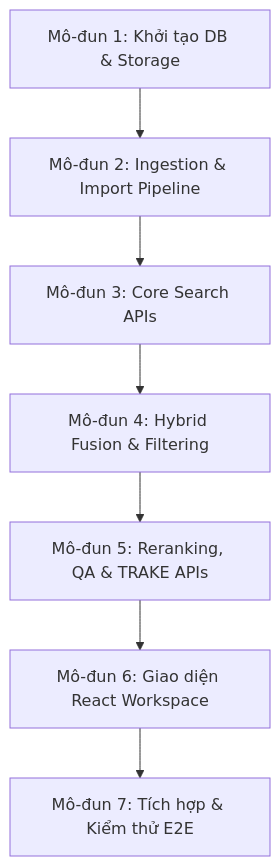
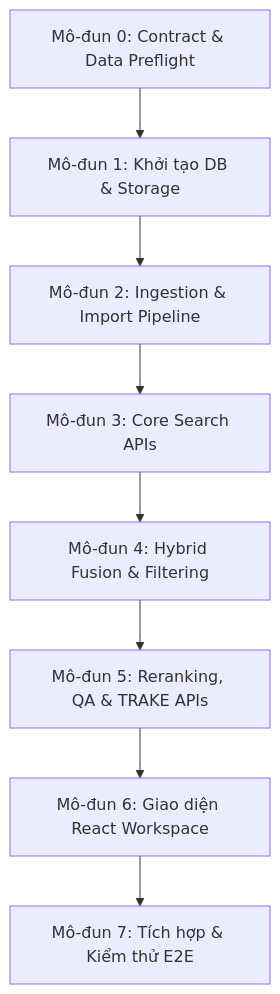
The diagram in docs/tasks/backend_milestones/phase2_implementation_specification.md (zintomvn/Multimodal-Retrieval), drawn with Mermaid before and after one commit. The commit also changed other lines of this file and 5 other files, not shown here.

````diff
--- a/docs/tasks/backend_milestones/phase2_implementation_specification.md
+++ b/docs/tasks/backend_milestones/phase2_implementation_specification.md
@@ -10,9 +10,10 @@
 ```mermaid
 graph TD
-    M1[Mô-đun 1: Khởi tạo DB & Storage] --> M2[Mô-đun 2: Ingestion & Import Pipeline]
+    M0[Mô-đun 0: Contract & Data Preflight] --> M1[Mô-đun 1: Khởi tạo DB & Storage]
+    M1 --> M2[Mô-đun 2: Ingestion & Import Pipeline]
     M2 --> M3[Mô-đun 3: Core Search APIs]
     M3 --> M4[Mô-đun 4: Hybrid Fusion & Filtering]
     M4 --> M5[Mô-đun 5: Reranking, QA & TRAKE APIs]
     M5 --> M6[Mô-đun 6: Giao diện React Workspace]
     M6 --> M7[Mô-đun 7: Tích hợp & Kiểm thử E2E]
 ```
````
